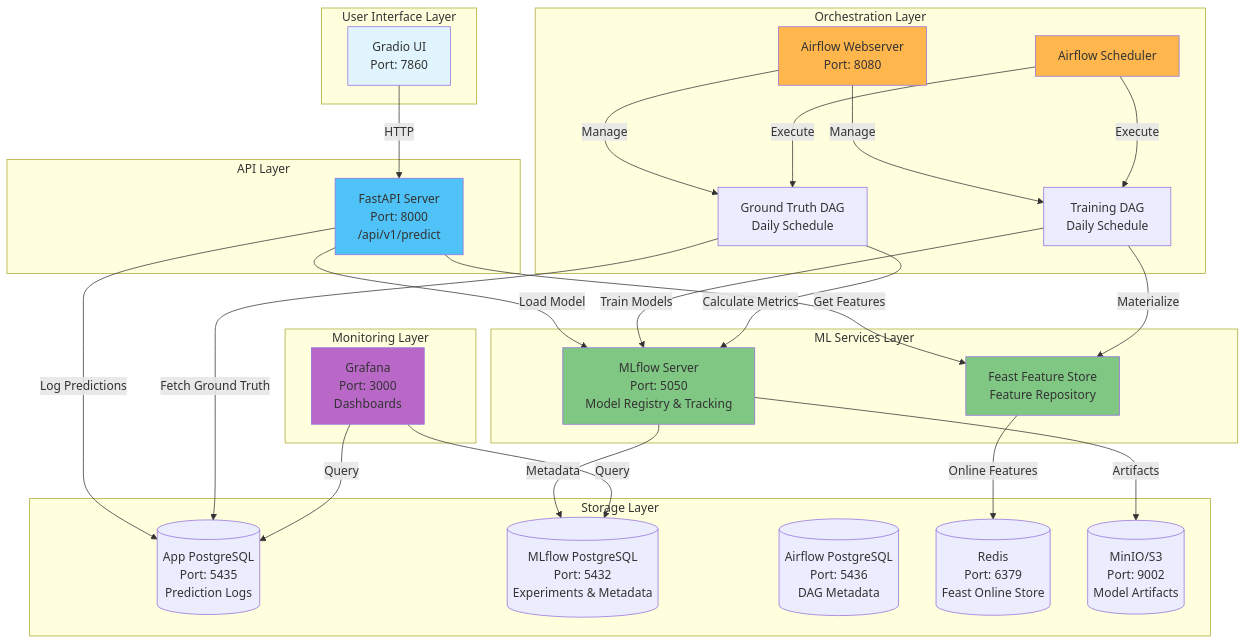
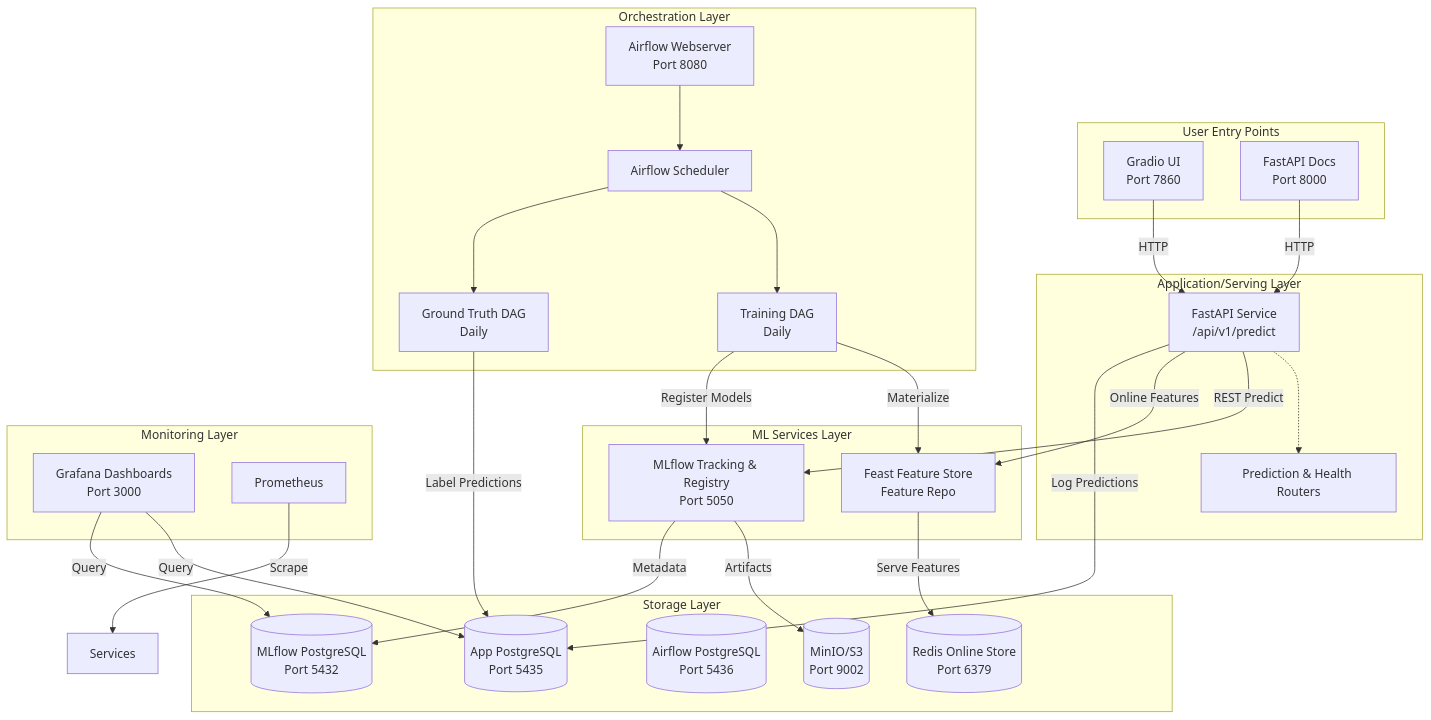
Before and after one commit to ssabrut/customer-churn-mlops: the first of 7 diagrams in ARCHITECTURE.md, drawn with Mermaid. The commit also changed other lines of this file and 5 other files, not shown here.

````diff
--- a/ARCHITECTURE.md
+++ b/ARCHITECTURE.md
@@ -9,60 +7,56 @@
 ```mermaid
 graph TB
-    subgraph "User Interface Layer"
-        UI[Gradio UI<br/>Port: 7860]
+    subgraph "User Entry Points"
+        UI[Gradio UI<br/>Port 7860]
+        API_DOCS[FastAPI Docs<br/>Port 8000]
     end
-    
-    subgraph "API Layer"
-        API[FastAPI Server<br/>Port: 8000<br/>/api/v1/predict]
+
+    subgraph "Application/Serving Layer"
+        FASTAPI[FastAPI Service<br/>/api/v1/predict]
+        ROUTERS[Prediction & Health Routers]
+        FASTAPI -.-> ROUTERS
     end
-    
+
     subgraph "ML Services Layer"
-        MLFLOW[MLflow Server<br/>Port: 5050<br/>Model Registry & Tracking]
-        FEAST[Feast Feature Store<br/>Feature Repository]
+        FEAST[Feast Feature Store<br/>Feature Repo]
+        MLFLOW[MLflow Tracking & Registry<br/>Port 5050]
     end
-    
+
     subgraph "Orchestration Layer"
-        AIRFLOW_WS[Airflow Webserver<br/>Port: 8080]
-        AIRFLOW_SCHED[Airflow Scheduler]
-        DAG1[Training DAG<br/>Daily Schedule]
-        DAG2[Ground Truth DAG<br/>Daily Schedule]
+        AF_WS[Airflow Webserver<br/>Port 8080]
+        AF_SCHED[Airflow Scheduler]
+        TRAIN_DAG[Training DAG<br/>Daily]
+        GT_DAG[Ground Truth DAG<br/>Daily]
     end
-    
+
     subgraph "Storage Layer"
-        APP_DB[(App PostgreSQL<br/>Port: 5435<br/>Prediction Logs)]
-        MLFLOW_DB[(MLflow PostgreSQL<br/>Port: 5432<br/>Experiments & Metadata)]
-        AIRFLOW_DB[(Airflow PostgreSQL<br/>Port: 5436<br/>DAG Metadata)]
-        REDIS[(Redis<br/>Port: 6379<br/>Feast Online Store)]
-        MINIO[(MinIO/S3<br/>Port: 9002<br/>Model Artifacts)]
+        APP_DB[(App PostgreSQL<br/>Port 5435)]
+        MLFLOW_DB[(MLflow PostgreSQL<br/>Port 5432)]
+        AIRFLOW_DB[(Airflow PostgreSQL<br/>Port 5436)]
+        REDIS[(Redis Online Store<br/>Port 6379)]
+        MINIO[(MinIO/S3<br/>Port 9002)]
     end
-    
+
     subgraph "Monitoring Layer"
-        GRAFANA[Grafana<br/>Port: 3000<br/>Dashboards]
+        GRAFANA[Grafana Dashboards<br/>Port 3000]
+        PROM[Prometheus]
     end
-    
-    UI -->|HTTP| API
-    API -->|Load Model| MLFLOW
-    API -->|Get Features| FEAST
-    API -->|Log Predictions| APP_DB
-    FEAST -->|Online Features| REDIS
+
+    UI -->|HTTP| FASTAPI
+    API_DOCS -->|HTTP| FASTAPI
+    FASTAPI -->|REST Predict| MLFLOW
+    FASTAPI -->|Online Features| FEAST
+    FASTAPI -->|Log Predictions| APP_DB
+    FEAST -->|Serve Features| REDIS
+    MLFLOW -->|Artifacts| MINIO
     MLFLOW -->|Metadata| MLFLOW_DB
-    MLFLOW -->|Artifacts| MINIO
-    AIRFLOW_WS -->|Manage| DAG1
-    AIRFLOW_WS -->|Manage| DAG2
-    AIRFLOW_SCHED -->|Execute| DAG1
-    AIRFLOW_SCHED -->|Execute| DAG2
-    DAG1 -->|Train Models| MLFLOW
-    DAG1 -->|Materialize| FEAST
-    DAG2 -->|Fetch Ground Truth| APP_DB
-    DAG2 -->|Calculate Metrics| MLFLOW
+    AF_WS --> AF_SCHED
+    AF_SCHED --> TRAIN_DAG
+    AF_SCHED --> GT_DAG
+    TRAIN_DAG -->|Materialize| FEAST
+    TRAIN_DAG -->|Register Models| MLFLOW
+    GT_DAG -->|Label Predictions| APP_DB
     GRAFANA -->|Query| APP_DB
     GRAFANA -->|Query| MLFLOW_DB
-    
-    style UI fill:#e1f5ff
-    style API fill:#4fc3f7
-    style MLFLOW fill:#81c784
-    style FEAST fill:#81c784
-    style AIRFLOW_WS fill:#ffb74d
-    style AIRFLOW_SCHED fill:#ffb74d
-    style GRAFANA fill:#ba68c8
+    PROM -->|Scrape| Services
 ```
````
